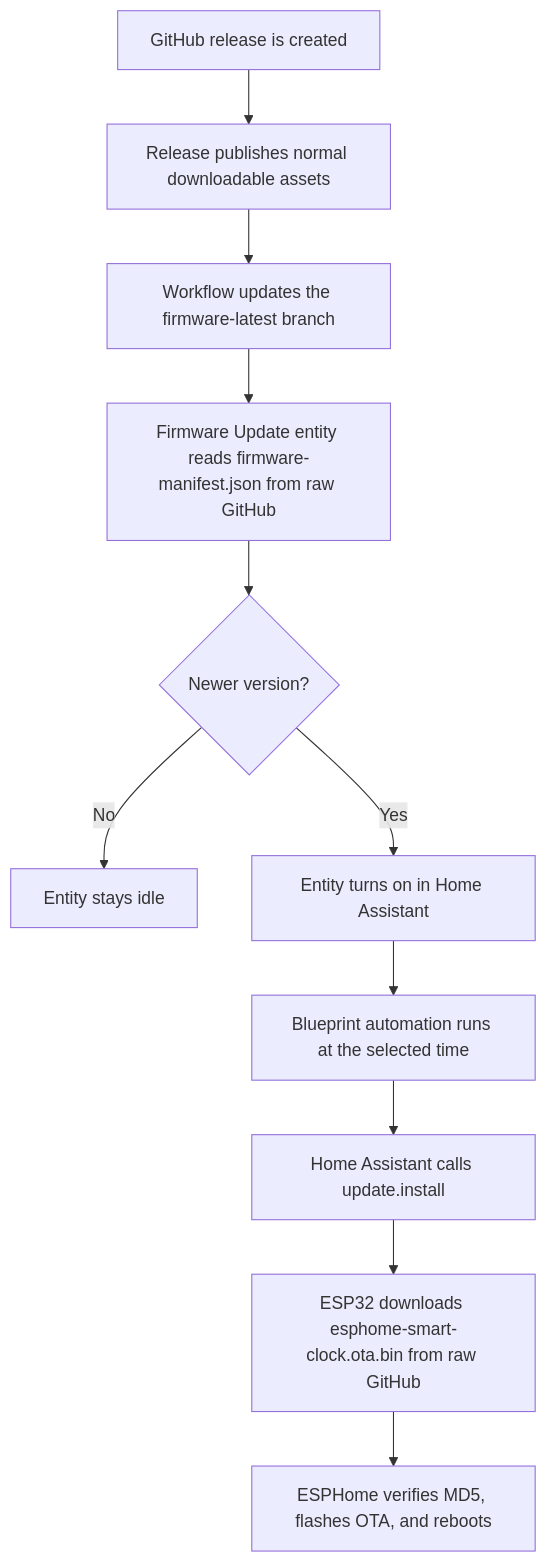
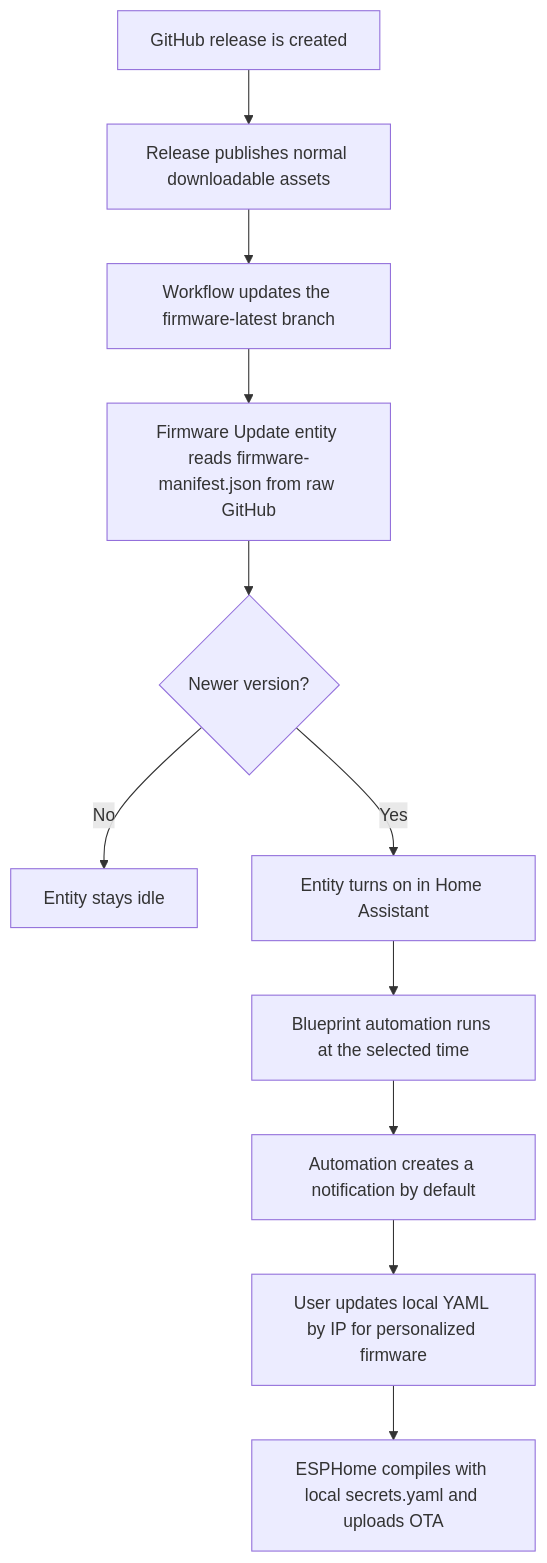
One commit to NirBY/ESP32_Smart_Clock changed the diagram in docs/wiki/Install-And-Home-Assistant.md. Above: the diagram before and after it, drawn with Mermaid. The commit also changed other lines of this file and 7 other files, not shown here.

Commit message:
Make firmware updates preserve local config by default

````diff
--- a/docs/wiki/Install-And-Home-Assistant.md
+++ b/docs/wiki/Install-And-Home-Assistant.md
@@ -245,13 +262,13 @@
 ```mermaid
 flowchart TD
   A["GitHub release is created"] --> B["Release publishes normal downloadable assets"]
   B --> C["Workflow updates the firmware-latest branch"]
   C --> D["Firmware Update entity reads firmware-manifest.json from raw GitHub"]
   D --> E{"Newer version?"}
   E -->|"No"| F["Entity stays idle"]
   E -->|"Yes"| G["Entity turns on in Home Assistant"]
   G --> H["Blueprint automation runs at the selected time"]
-  H --> I["Home Assistant calls update.install"]
-  I --> J["ESP32 downloads esphome-smart-clock.ota.bin from raw GitHub"]
-  J --> K["ESPHome verifies MD5, flashes OTA, and reboots"]
+  H --> I["Automation creates a notification by default"]
+  I --> J["User updates local YAML by IP for personalized firmware"]
+  J --> K["ESPHome compiles with local secrets.yaml and uploads OTA"]
 ```
````
